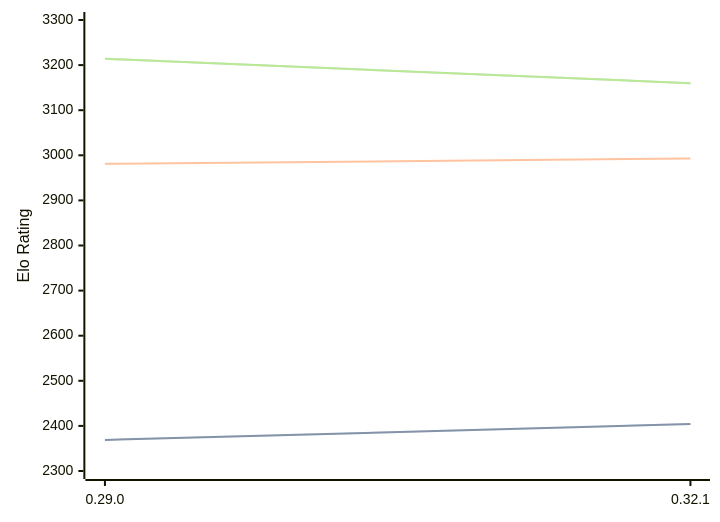
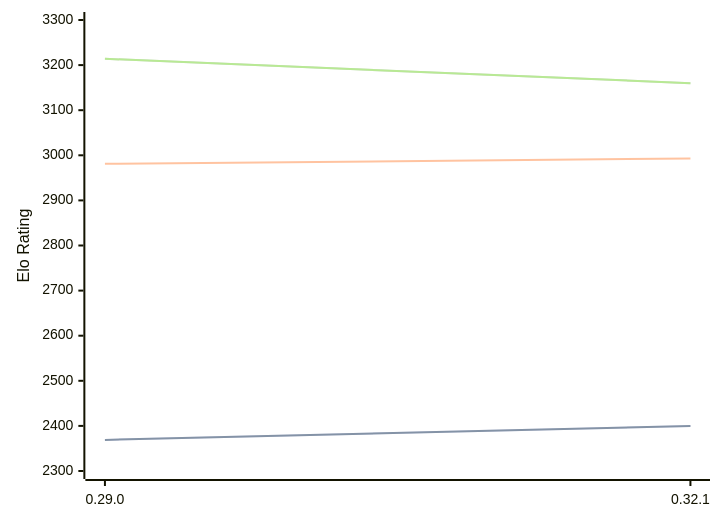
Before and after one commit to computer-chess-index/cci: the first of 3 diagrams in engines/Lc0.md, drawn with Mermaid. The commit also changed other lines of this file, not shown here.

````diff
--- a/engines/Lc0.md
+++ b/engines/Lc0.md
@@ -68,11 +68,11 @@
 ```mermaid
 %%{init: {"theme":"base","themeVariables":{"seriesColors:['#a3a3a3','#222221','#faa371']}}}%%
 xychart-beta
   x-axis ["0.29.0", "0.32.1"]
   y-axis "Elo Rating" 2300 --> 3300
-  line "STC (8.0+0.08s)" [2369, 2404]
-  line "STC (8.0+0.08s)" [2369, 2404]
+  line "STC (8.0+0.08s)" [2369, 2400]
+  line "STC (8.0+0.08s)" [2369, 2400]
   line "LTC (60.0+0.60s)" [2981, 2993]
   line "VLTC (2m24s+1.12s)" [3214, 3160]
   line "VLTC (2m24s+1.12s)" [3214, 3160]
 ```
````
